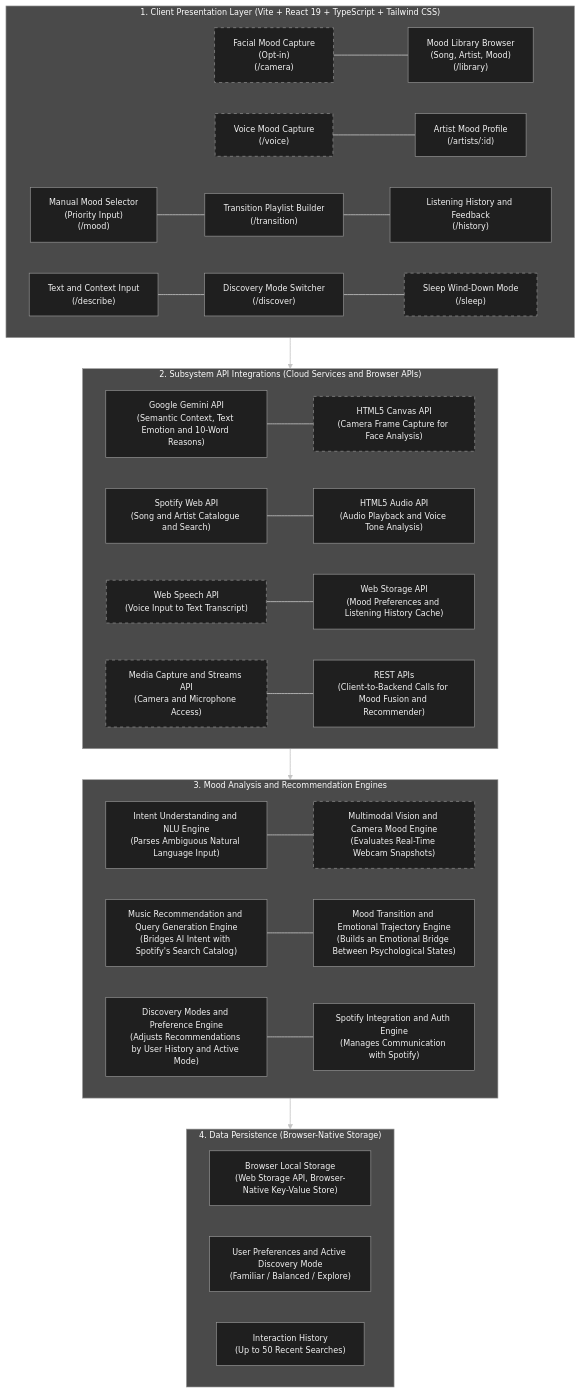
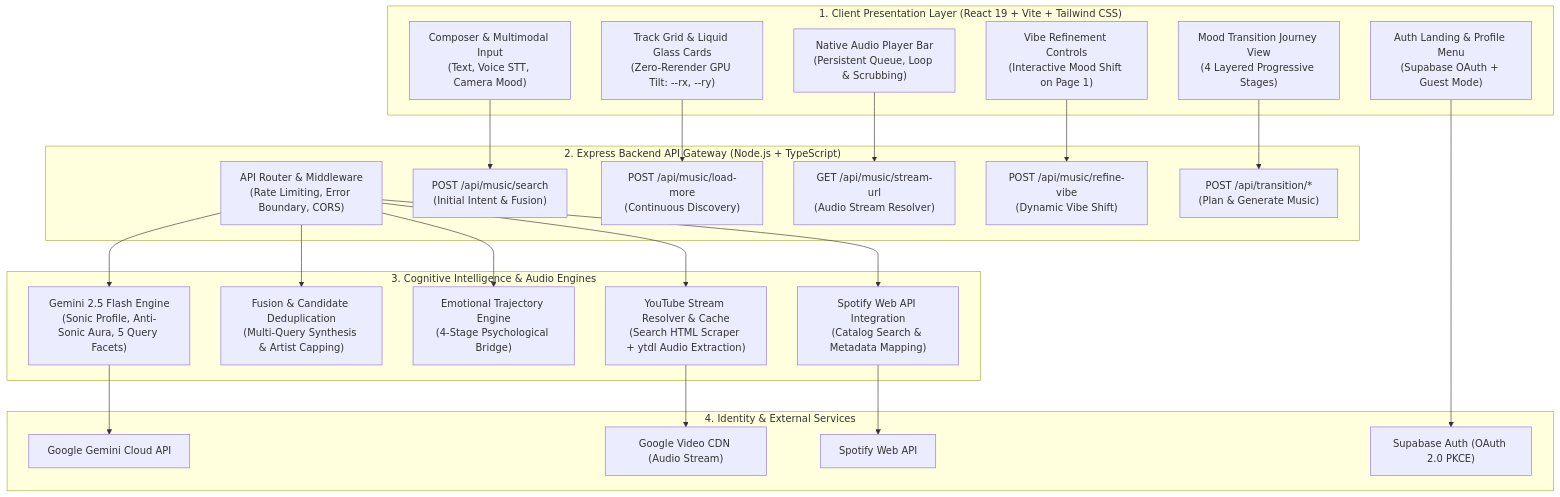
One commit to Ashutosh563/EchoRa changed the first of 4 diagrams in README.md. Above: the diagram before and after it, drawn with Mermaid. The commit also changed other lines of this file, not shown here.

Commit message:
docs: overhaul README with modern system architecture, stream sequence diagrams, and performance specs

````diff
--- a/README.md
+++ b/README.md
@@ -50,64 +47,52 @@
 ```mermaid
-%%{init: {'theme':'base','themeVariables':{'lineColor':'#c4c4c4','primaryTextColor':'#f2f2f2','edgeLabelBackground':'#4a4a4a','fontSize':'13px'}}}%%
 flowchart TD
- subgraph LAYER1["1. Client Presentation Layer (Vite + React 19 + TypeScript + Tailwind CSS)"]
-  P1["Manual Mood Selector<br/>(Priority Input)<br/>(/mood)"]
-  P2["Text and Context Input<br/>(/describe)"]
-  P3["Facial Mood Capture<br/>(Opt-in)<br/>(/camera)"]
-  P4["Voice Mood Capture<br/>(/voice)"]
-  P5["Transition Playlist Builder<br/>(/transition)"]
-  P6["Discovery Mode Switcher<br/>(/discover)"]
-  P7["Mood Library Browser<br/>(Song, Artist, Mood)<br/>(/library)"]
-  P8["Artist Mood Profile<br/>(/artists/:id)"]
-  P9["Listening History and Feedback<br/>(/history)"]
-  P10["Sleep Wind-Down Mode<br/>(/sleep)"]
-  P1 ~~~ P5
-  P2 ~~~ P6
-  P3 ~~~ P7
-  P4 ~~~ P8
-  P5 ~~~ P9
-  P6 ~~~ P10
- end
- subgraph LAYER2["2. Subsystem API Integrations (Cloud Services and Browser APIs)"]
-  Q1["Google Gemini API<br/>(Semantic Context, Text Emotion and 10-Word Reasons)"]
-  Q2["Spotify Web API<br/>(Song and Artist Catalogue and Search)"]
-  Q3["Web Speech API<br/>(Voice Input to Text Transcript)"]
-  Q4["Media Capture and Streams API<br/>(Camera and Microphone Access)"]
-  Q5["HTML5 Canvas API<br/>(Camera Frame Capture for Face Analysis)"]
-  Q6["HTML5 Audio API<br/>(Audio Playback and Voice Tone Analysis)"]
-  Q7["Web Storage API<br/>(Mood Preferences and Listening History Cache)"]
-  Q8["REST APIs<br/>(Client-to-Backend Calls for Mood Fusion and Recommender)"]
-  Q1 ~~~ Q5
-  Q2 ~~~ Q6
-  Q3 ~~~ Q7
-  Q4 ~~~ Q8
- end
- subgraph LAYER3["3. Mood Analysis and Recommendation Engines"]
-  R1["Intent Understanding and NLU Engine<br/>(Parses Ambiguous Natural Language Input)"]
-  R2["Music Recommendation and Query Generation Engine<br/>(Bridges AI Intent with Spotify's Search Catalog)"]
-  R3["Discovery Modes and Preference Engine<br/>(Adjusts Recommendations by User History and Active Mode)"]
-  R4["Multimodal Vision and Camera Mood Engine<br/>(Evaluates Real-Time Webcam Snapshots)"]
-  R5["Mood Transition and Emotional Trajectory Engine<br/>(Builds an Emotional Bridge Between Psychological States)"]
-  R6["Spotify Integration and Auth Engine<br/>(Manages Communication with Spotify)"]
-  R1 ~~~ R4
-  R2 ~~~ R5
-  R3 ~~~ R6
- end
- subgraph LAYER4["4. Data Persistence (Browser-Native Storage)"]
-  S1["Browser Local Storage<br/>(Web Storage API, Browser-Native Key-Value Store)"]
-  S2["User Preferences and Active Discovery Mode<br/>(Familiar / Balanced / Explore)"]
-  S3["Interaction History<br/>(Up to 50 Recent Searches)"]
- end
- LAYER1 --> LAYER2
- LAYER2 --> LAYER3
- LAYER3 --> LAYER4
- classDef n fill:#1f1f1f,stroke:#9a9a9a,color:#f2f2f2,stroke-width:1px
- classDef proto fill:#1f1f1f,stroke:#9a9a9a,color:#f2f2f2,stroke-width:1px,stroke-dasharray:5 5
- class P1,P2,P5,P6,P7,P8,P9,Q1,Q2,Q6,Q7,Q8,R1,R2,R3,R5,R6,S1,S2,S3 n
- class P3,P4,P10,Q3,Q4,Q5,R4 proto
- style LAYER1 fill:#4a4a4a,stroke:#9a9a9a,color:#ffffff
- style LAYER2 fill:#4a4a4a,stroke:#9a9a9a,color:#ffffff
- style LAYER3 fill:#4a4a4a,stroke:#9a9a9a,color:#ffffff
- style LAYER4 fill:#4a4a4a,stroke:#9a9a9a,color:#ffffff
- linkStyle default stroke:#c4c4c4,stroke-width:1.3px
+  subgraph TIER1["1. Client Presentation Layer (React 19 + Vite + Tailwind CSS)"]
+    UI_COMP["Composer & Multimodal Input<br/>(Text, Voice STT, Camera Mood)"]
+    UI_GRID["Track Grid & Liquid Glass Cards<br/>(Zero-Rerender GPU Tilt: --rx, --ry)"]
+    UI_PLAYER["Native Audio Player Bar<br/>(Persistent Queue, Loop & Scrubbing)"]
+    UI_VIBE["Vibe Refinement Controls<br/>(Interactive Mood Shift on Page 1)"]
+    UI_TRANS["Mood Transition Journey View<br/>(4 Layered Progressive Stages)"]
+    UI_AUTH["Auth Landing & Profile Menu<br/>(Supabase OAuth + Guest Mode)"]
+  end
+
+  subgraph TIER2["2. Express Backend API Gateway (Node.js + TypeScript)"]
+    API_ROUTER["API Router & Middleware<br/>(Rate Limiting, Error Boundary, CORS)"]
+    EP_SEARCH["POST /api/music/search<br/>(Initial Intent & Fusion)"]
+    EP_MORE["POST /api/music/load-more<br/>(Continuous Discovery)"]
+    EP_REFINE["POST /api/music/refine-vibe<br/>(Dynamic Vibe Shift)"]
+    EP_STREAM["GET /api/music/stream-url<br/>(Audio Stream Resolver)"]
+    EP_TRANS["POST /api/transition/*<br/>(Plan & Generate Music)"]
+  end
+
+  subgraph TIER3["3. Cognitive Intelligence & Audio Engines"]
+    GEMINI_NLU["Gemini 2.5 Flash Engine<br/>(Sonic Profile, Anti-Sonic Aura, 5 Query Facets)"]
+    FUSION_ENGINE["Fusion & Candidate Deduplication<br/>(Multi-Query Synthesis & Artist Capping)"]
+    TRANS_PLANNER["Emotional Trajectory Engine<br/>(4-Stage Psychological Bridge)"]
+    YT_RESOLVER["YouTube Stream Resolver & Cache<br/>(Search HTML Scraper + ytdl Audio Extraction)"]
+    SPOTIFY_SVC["Spotify Web API Integration<br/>(Catalog Search & Metadata Mapping)"]
+  end
+
+  subgraph TIER4["4. Identity & External Services"]
+    EXT_GEMINI["Google Gemini Cloud API"]
+    EXT_SPOTIFY["Spotify Web API"]
+    EXT_SUPABASE["Supabase Auth (OAuth 2.0 PKCE)"]
+    EXT_CDN["Google Video CDN (Audio Stream)"]
+  end
+
+  UI_COMP --> EP_SEARCH
+  UI_GRID --> EP_MORE
+  UI_VIBE --> EP_REFINE
+  UI_PLAYER --> EP_STREAM
+  UI_TRANS --> EP_TRANS
+  UI_AUTH --> EXT_SUPABASE
+
+  API_ROUTER --> GEMINI_NLU
+  API_ROUTER --> FUSION_ENGINE
+  API_ROUTER --> TRANS_PLANNER
+  API_ROUTER --> YT_RESOLVER
+  API_ROUTER --> SPOTIFY_SVC
+
+  GEMINI_NLU --> EXT_GEMINI
+  SPOTIFY_SVC --> EXT_SPOTIFY
+  YT_RESOLVER --> EXT_CDN
 ```
````
